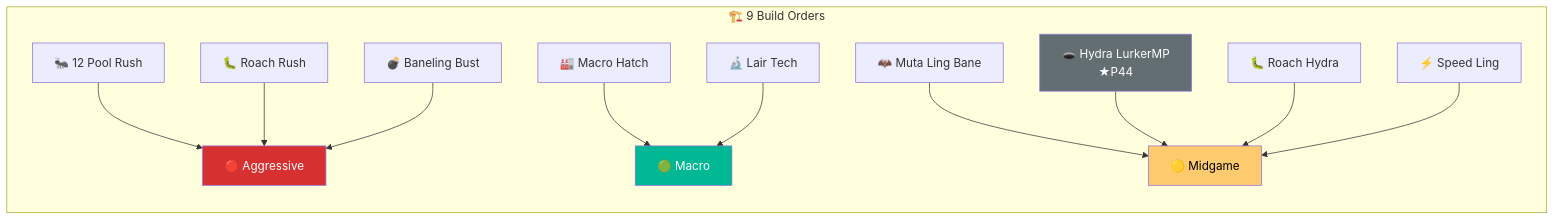
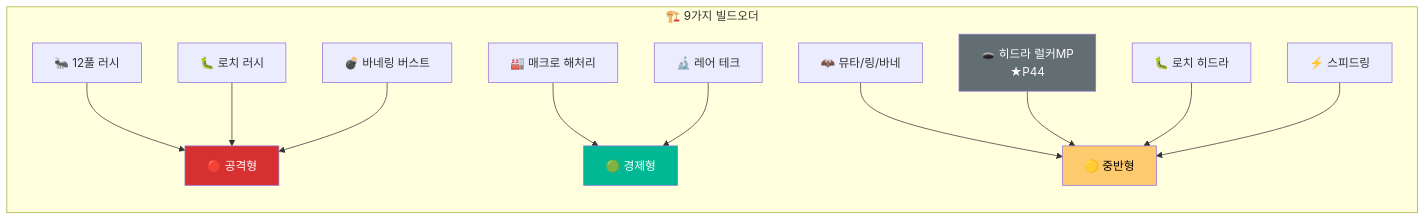
One commit to sun475300-sudo/Swarm-control-in-sc2bot changed diagram 31 of 34 in README.md. Above: the diagram before and after it, drawn with Mermaid. The commit also changed other lines of this file and 2 other files, not shown here.

````diff
--- a/README.md
+++ b/README.md
@@ -1054,12 +1392,12 @@
 ```mermaid
 graph LR
-    subgraph "🏗️ 9 Build Orders"
-        BO1["🐜 12 Pool Rush"] & BO2["🐛 Roach Rush"] & BO7["💣 Baneling Bust"] --> AGGRO["🔴 Aggressive"]
-        BO3["🏭 Macro Hatch"] & BO8["🔬 Lair Tech"] --> MACRO["🟢 Macro"]
-        BO4["🦇 Muta Ling Bane"] & BO5["🕳️ Hydra LurkerMP\n★P44"] & BO6["🐛 Roach Hydra"] & BO9["⚡ Speed Ling"] --> MID["🟡 Midgame"]
+    subgraph "🏗️ 9가지 빌드오더"
+        BO1["🐜 12풀 러시"] & BO2["🐛 로치 러시"] & BO7["💣 바네링 버스트"] --> AGGRO["🔴 공격형"]
+        BO3["🏭 매크로 해처리"] & BO8["🔬 레어 테크"] --> MACRO["🟢 경제형"]
+        BO4["🦇 뮤타/링/바네"] & BO5["🕳️ 히드라 럴커MP\n★P44"] & BO6["🐛 로치 히드라"] & BO9["⚡ 스피드링"] --> MID["🟡 중반형"]
     end
     style AGGRO fill:#d63031,color:#fff
     style MACRO fill:#00b894,color:#fff
     style MID fill:#fdcb6e,color:#000
     style BO5 fill:#636e72,color:#fff
 ```
````
